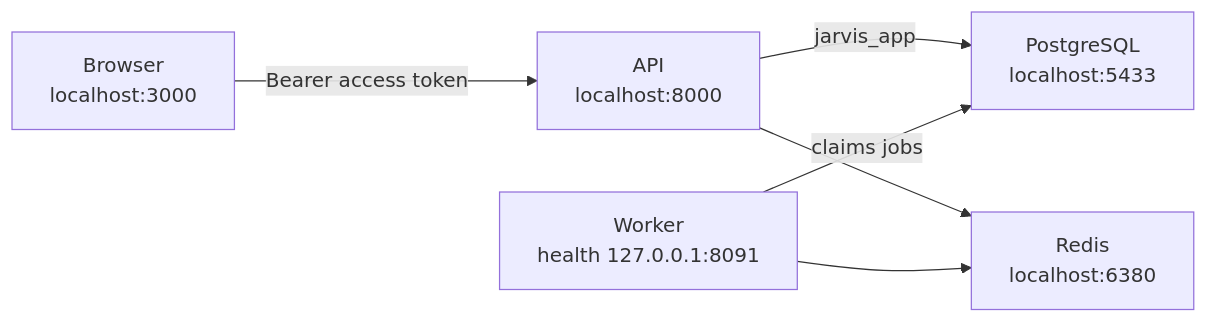
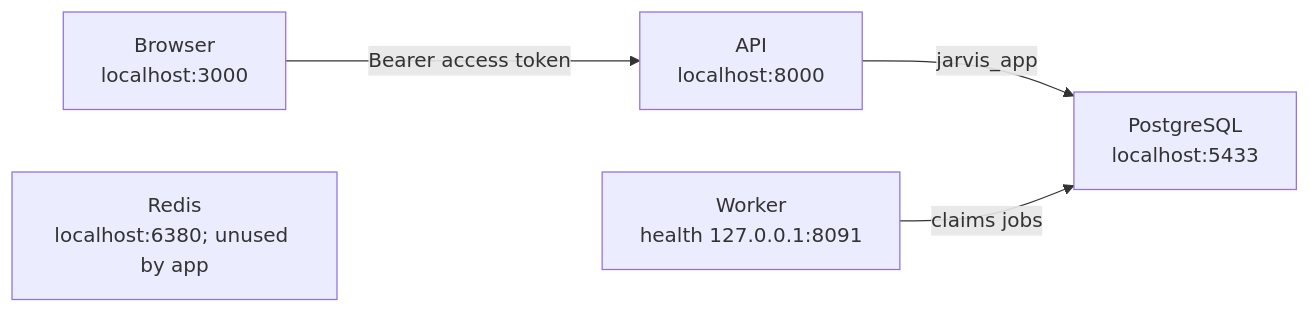
Before and after one commit to Abhishekpan731/Jarvis: the second of 5 diagrams in docs/developer/INSTALLATION.md, drawn with Mermaid. The commit also changed other lines of this file and 20 other files, not shown here.

````diff
--- a/docs/developer/INSTALLATION.md
+++ b/docs/developer/INSTALLATION.md
@@ -42,8 +44,7 @@
 ```mermaid
 flowchart LR
     browser["Browser<br/>localhost:3000"] -->|"Bearer access token"| api["API<br/>localhost:8000"]
     api -->|"jarvis_app"| pg["PostgreSQL<br/>localhost:5433"]
-    api --> redis["Redis<br/>localhost:6380"]
+    redis["Redis<br/>localhost:6380; unused by app"]
     worker["Worker<br/>health 127.0.0.1:8091"] -->|"claims jobs"| pg
-    worker --> redis
 ```
````
